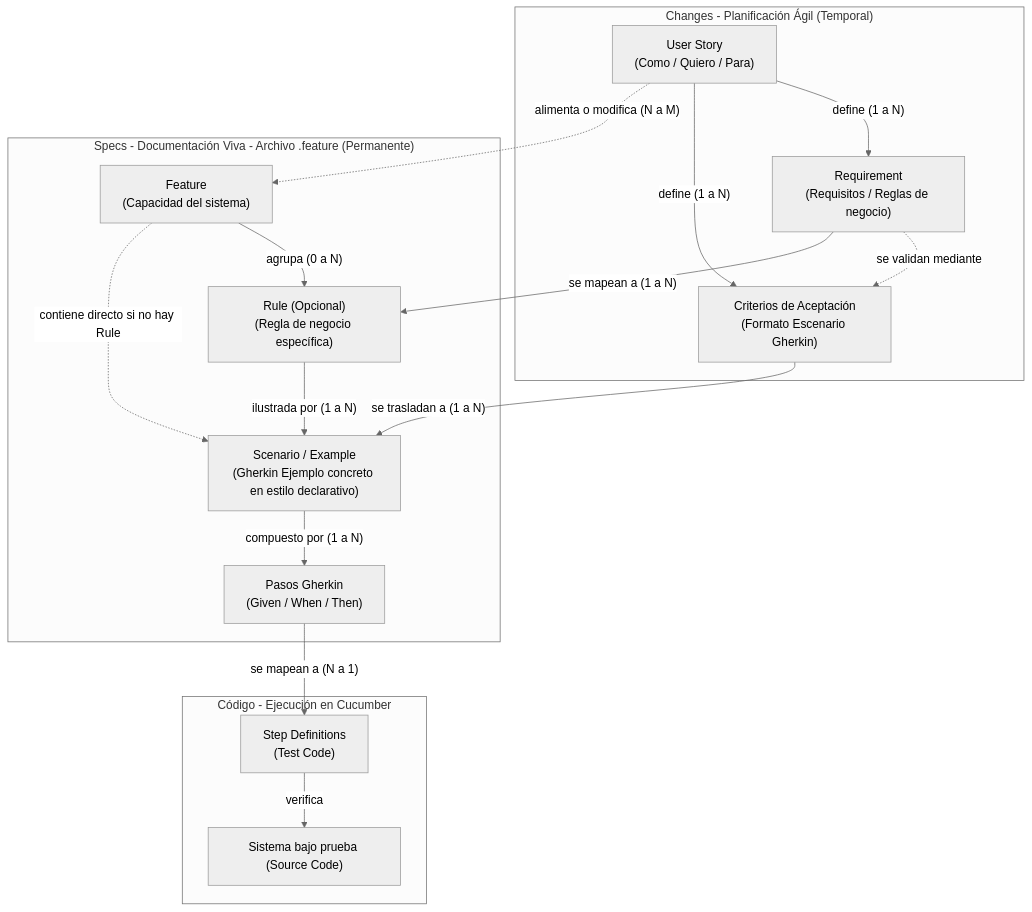
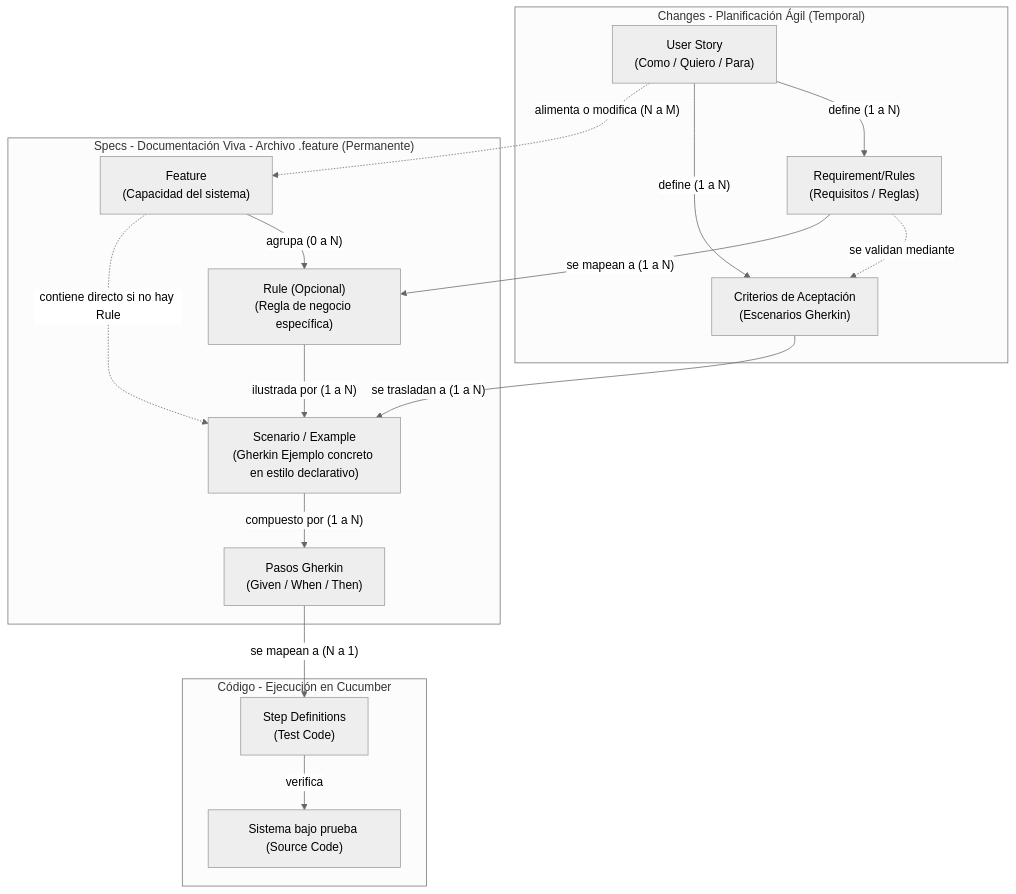
One commit to dariopalminio/agile-sddf changed the diagram in docs/domains/domain-story-vs-feature.md. Above: the diagram before and after it, drawn with Mermaid (neutral theme).

Commit message:
docs: add story vs feature doc - update

````diff
--- a/docs/domains/domain-story-vs-feature.md
+++ b/docs/domains/domain-story-vs-feature.md
@@ -10,33 +10,33 @@
 ```mermaid
 flowchart TD
     subgraph PlanificacionDelCambio ["Changes - Planificación Ágil (Temporal)"]
         US["User Story<br/>(Como / Quiero / Para)"]
-        REQ["Requirement<br/>(Requisitos / Reglas de negocio)"]
-        AC["Criterios de Aceptación<br/>(Formato Escenario Gherkin)"]
+        REQ["Requirement/Rules<br/>(Requisitos / Reglas)"]
+        AC["Criterios de Aceptación<br/>(Escenarios Gherkin)"]
         US -->|"define (1 a N)"| REQ
         US -->|"define (1 a N)"| AC
         REQ -.->|"se validan mediante"| AC
     end
 
     subgraph DocumentacionSpecViva ["Specs - Documentación Viva - Archivo .feature (Permanente)"]
         FEAT["Feature<br/>(Capacidad del sistema)"]
         RULE["Rule (Opcional)<br/>(Regla de negocio específica)"]
         SCEN["Scenario / Example<br/>(Gherkin Ejemplo concreto en estilo declarativo)"]
         STEPS["Pasos Gherkin<br/>(Given / When / Then)"]
         FEAT -->|"agrupa (0 a N)"| RULE
         RULE -->|"ilustrada por (1 a N)"| SCEN
         FEAT -.->|"contiene directo si no hay Rule"| SCEN
         SCEN -->|"compuesto por (1 a N)"| STEPS
     end
 
     subgraph VerificacionAutomatizadaDelSpec ["Código - Ejecución en Cucumber"]
         SDTEST["Step Definitions<br/>(Test Code)"]
         SYS["Sistema bajo prueba (Source Code)"]
         SDTEST -->|"verifica"| SYS
     end
 
     US -.->|"alimenta o modifica (N a M)"| FEAT
     REQ -->|"se mapean a (1 a N)"| RULE
     AC -->|"se trasladan a (1 a N)"| SCEN
     STEPS -->|"se mapean a (N a 1)"| SDTEST
 ```
````
